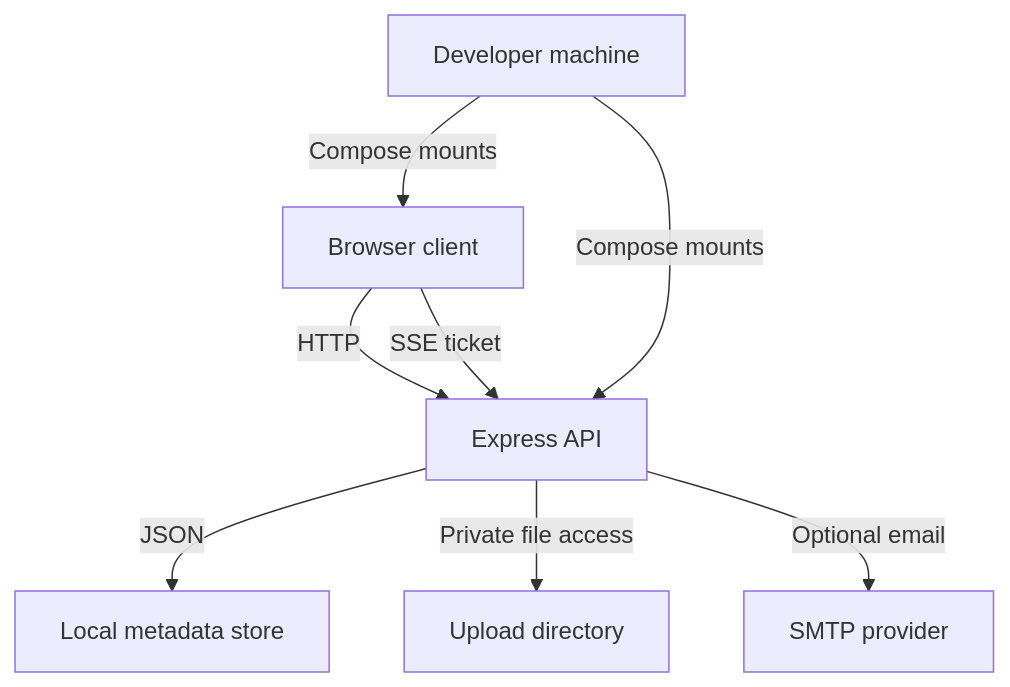
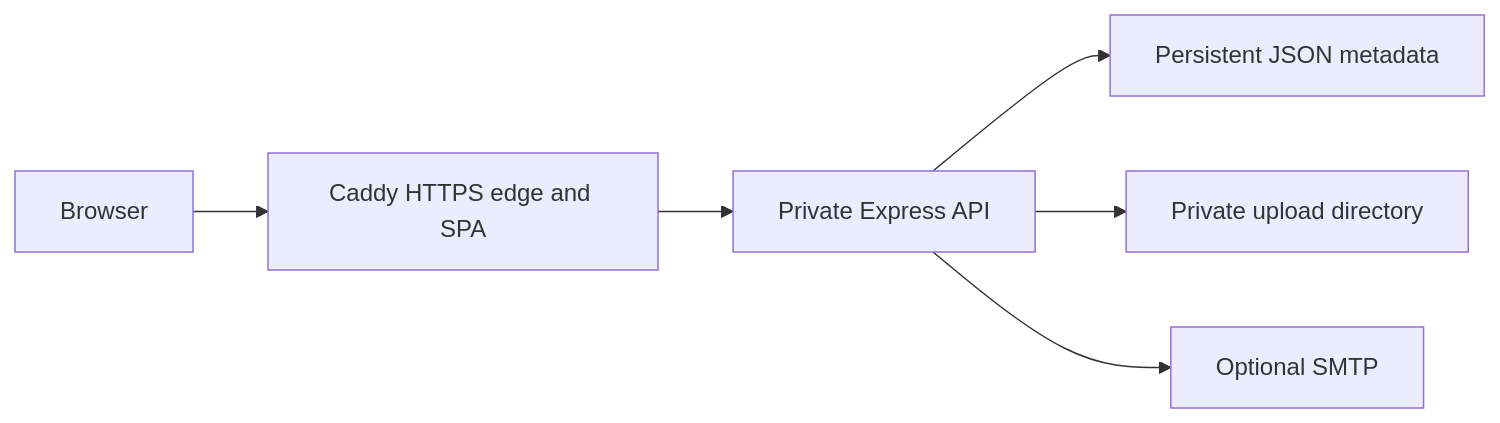
The diagram in my-drivev2-threat-model.md (m3rooted/my-drivev2), drawn with Mermaid before and after one commit. The commit also changed other lines of this file and 16 other files, not shown here.

````diff
--- a/my-drivev2-threat-model.md
+++ b/my-drivev2-threat-model.md
@@ -39,10 +42,8 @@
 ```mermaid
-flowchart TD
-  Browser["Browser client"] -->|HTTP| Api["Express API"]
-  Api -->|JSON| Store["Local metadata store"]
-  Api -->|Private file access| Uploads["Upload directory"]
-  Browser -->|SSE ticket| Api
-  Api -->|Optional email| Smtp["SMTP provider"]
-  Dev["Developer machine"] -->|Compose mounts| Api
-  Dev -->|Compose mounts| Browser
+flowchart LR
+  Browser["Browser"] --> Caddy["Caddy HTTPS edge and SPA"]
+  Caddy --> Api["Private Express API"]
+  Api --> Store["Persistent JSON metadata"]
+  Api --> Uploads["Private upload directory"]
+  Api --> Mail["Optional SMTP"]
 ```
````
